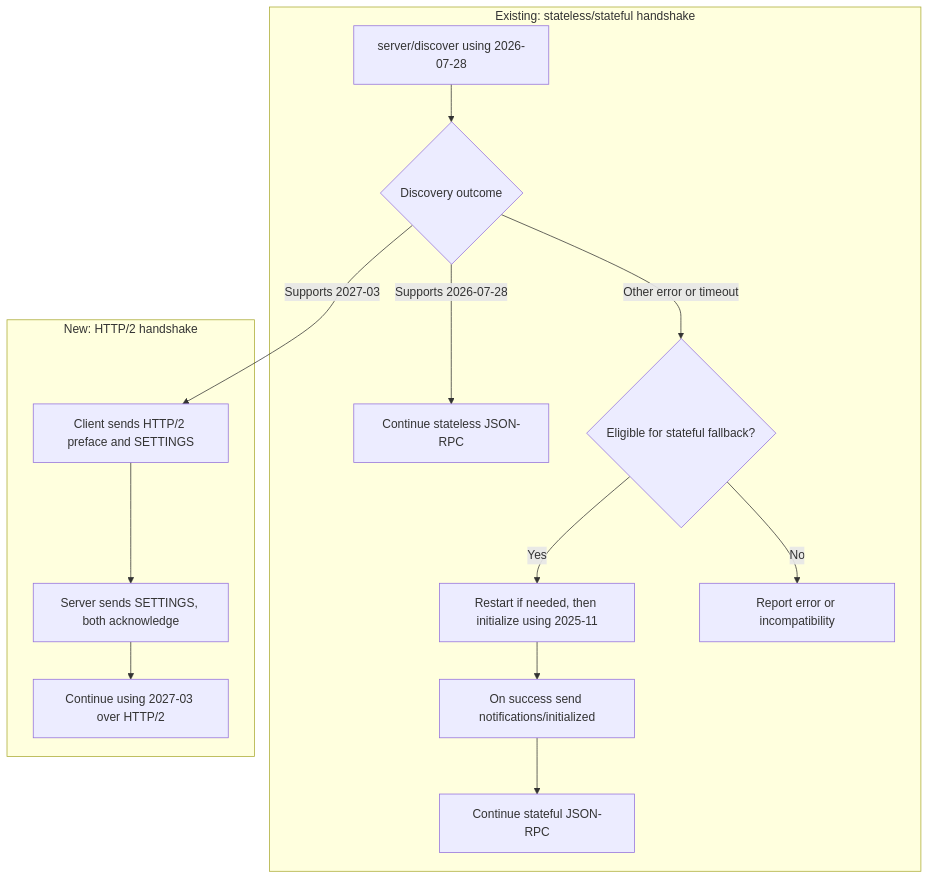
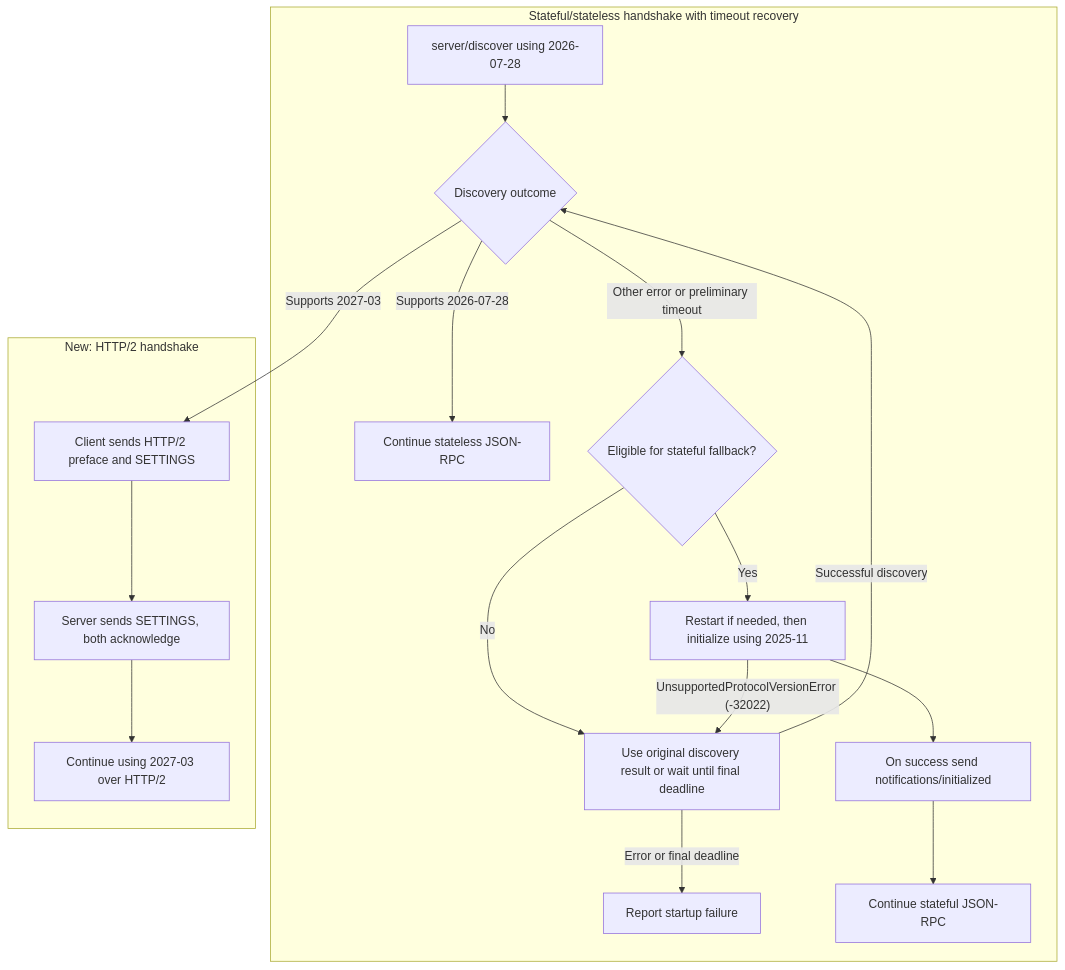
One commit to modelcontextprotocol/transports-wg changed the second of 2 diagrams in proposals/http-over-stdio/negotiation-proposal.md. Above: the diagram before and after it, drawn with Mermaid. The commit also changed other lines of this file, not shown here.

Commit message:
docs: clarify upgrade timing and timeout recovery

````diff
--- a/proposals/http-over-stdio/negotiation-proposal.md
+++ b/proposals/http-over-stdio/negotiation-proposal.md
@@ -81,17 +88,20 @@
 ```mermaid
 flowchart TD
-    subgraph Existing["Existing: stateless/stateful handshake"]
+    subgraph Existing["Stateful/stateless handshake with timeout recovery"]
         Discover["server/discover using 2026-07-28"] --> Result{"Discovery outcome"}
         Result -->|Supports 2026-07-28| STDIO["Continue stateless JSON-RPC"]
-        Result -->|Other error or timeout| Fallback{"Eligible for stateful fallback?"}
+        Result -->|Other error or preliminary timeout| Fallback{"Eligible for stateful fallback?"}
         Fallback -->|Yes| Init["Restart if needed, then initialize using 2025-11"]
-        Fallback -->|No| Fail["Report error or incompatibility"]
+        Fallback -->|No| Wait["Use original discovery result or wait until final deadline"]
         Init --> Ready["On success send notifications/initialized"]
+        Init -->|"UnsupportedProtocolVersionError (-32022)"| Wait
+        Wait -->|Successful discovery| Result
+        Wait -->|Error or final deadline| Fail["Report startup failure"]
         Ready --> Stateful["Continue stateful JSON-RPC"]
     end
     subgraph HTTP2["New: HTTP/2 handshake"]
         Preface["Client sends HTTP/2 preface and SETTINGS"] --> Settings["Server sends SETTINGS, both acknowledge"]
         Settings --> HTTP["Continue using 2027-03 over HTTP/2"]
     end
     Result -->|Supports 2027-03| Preface
 ```
````
